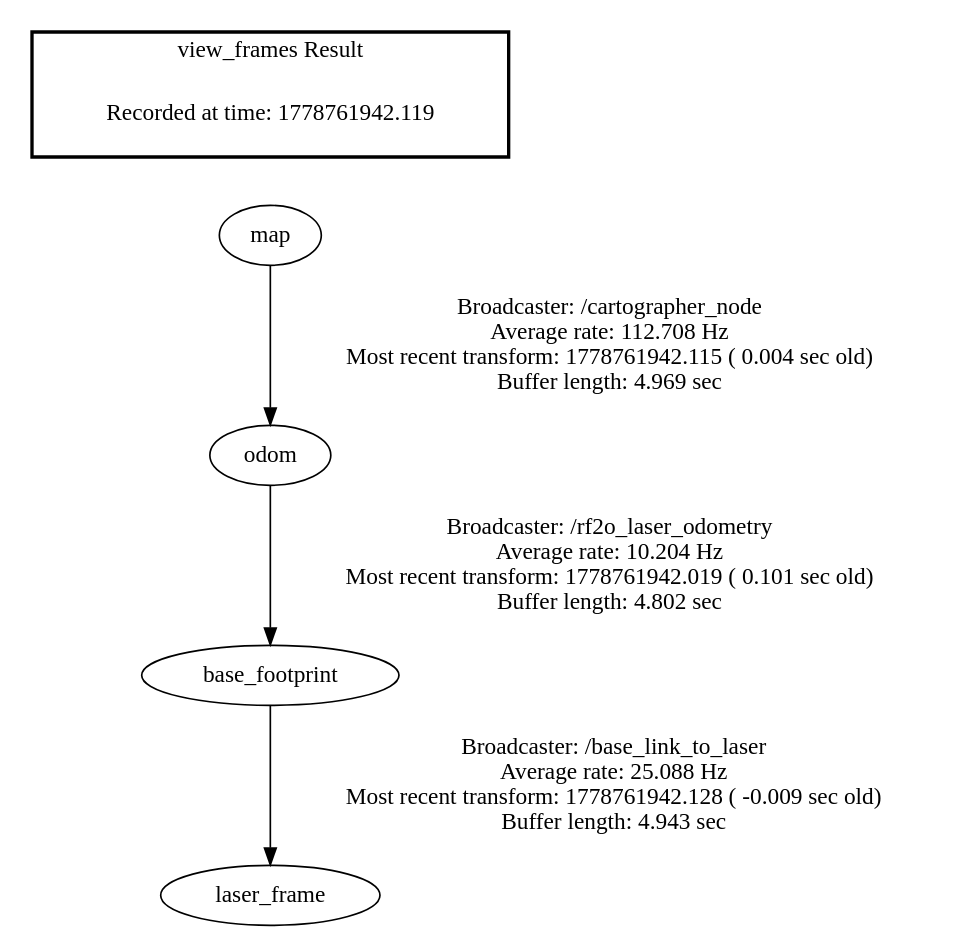
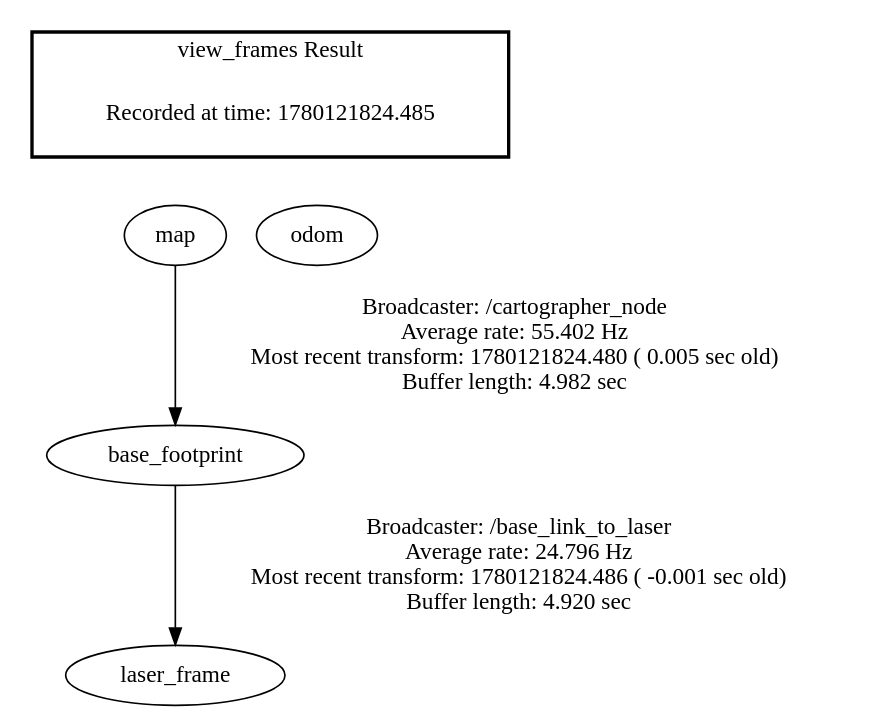
Before and after one commit to 2022090914028ysr-dotcom/rk3588: the diagram in NavOA_ws/frames.gv, drawn with Graphviz. The commit also changed 44 other files, not shown here.

```diff
--- a/NavOA_ws/frames.gv
+++ b/NavOA_ws/frames.gv
@@ -1,9 +1,12 @@
 digraph G {
-"base_footprint" -> "laser_frame"[label="Broadcaster: /base_link_to_laser\nAverage rate: 25.088 Hz\nMost recent transform: 1778761942.128 ( -0.009 sec old)\nBuffer length: 4.943 sec\n"];
-"odom" -> "base_footprint"[label="Broadcaster: /rf2o_laser_odometry\nAverage rate: 10.204 Hz\nMost recent transform: 1778761942.019 ( 0.101 sec old)\nBuffer length: 4.802 sec\n"];
-"map" -> "odom"[label="Broadcaster: /cartographer_node\nAverage rate: 112.708 Hz\nMost recent transform: 1778761942.115 ( 0.004 sec old)\nBuffer length: 4.969 sec\n"];
+"map" -> "base_footprint"[label="Broadcaster: /cartographer_node\nAverage rate: 55.402 Hz\nMost recent transform: 1780121824.480 ( 0.005 sec old)\nBuffer length: 4.982 sec\n"];
+"base_footprint" -> "laser_frame"[label="Broadcaster: /base_link_to_laser\nAverage rate: 24.796 Hz\nMost recent transform: 1780121824.486 ( -0.001 sec old)\nBuffer length: 4.920 sec\n"];
 edge [style=invis];
  subgraph cluster_legend { style=bold; color=black; label ="view_frames Result";
-"Recorded at time: 1778761942.119"[ shape=plaintext ] ;
+"Recorded at time: 1780121824.485"[ shape=plaintext ] ;
  }->"map";
+edge [style=invis];
+ subgraph cluster_legend { style=bold; color=black; label ="view_frames Result";
+"Recorded at time: 1780121824.485"[ shape=plaintext ] ;
+ }->"odom";
 }
```
